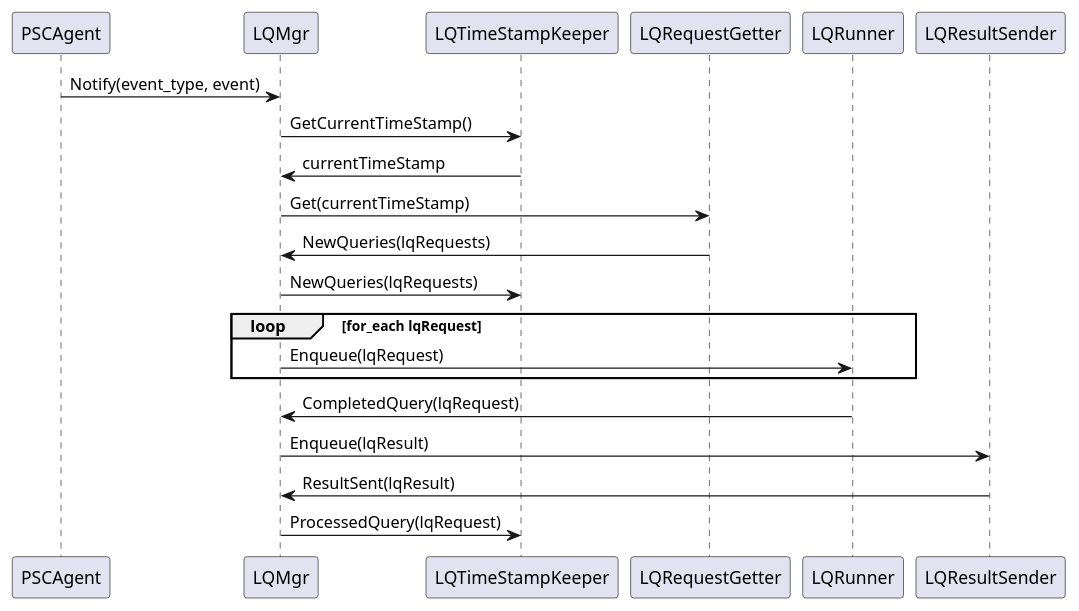
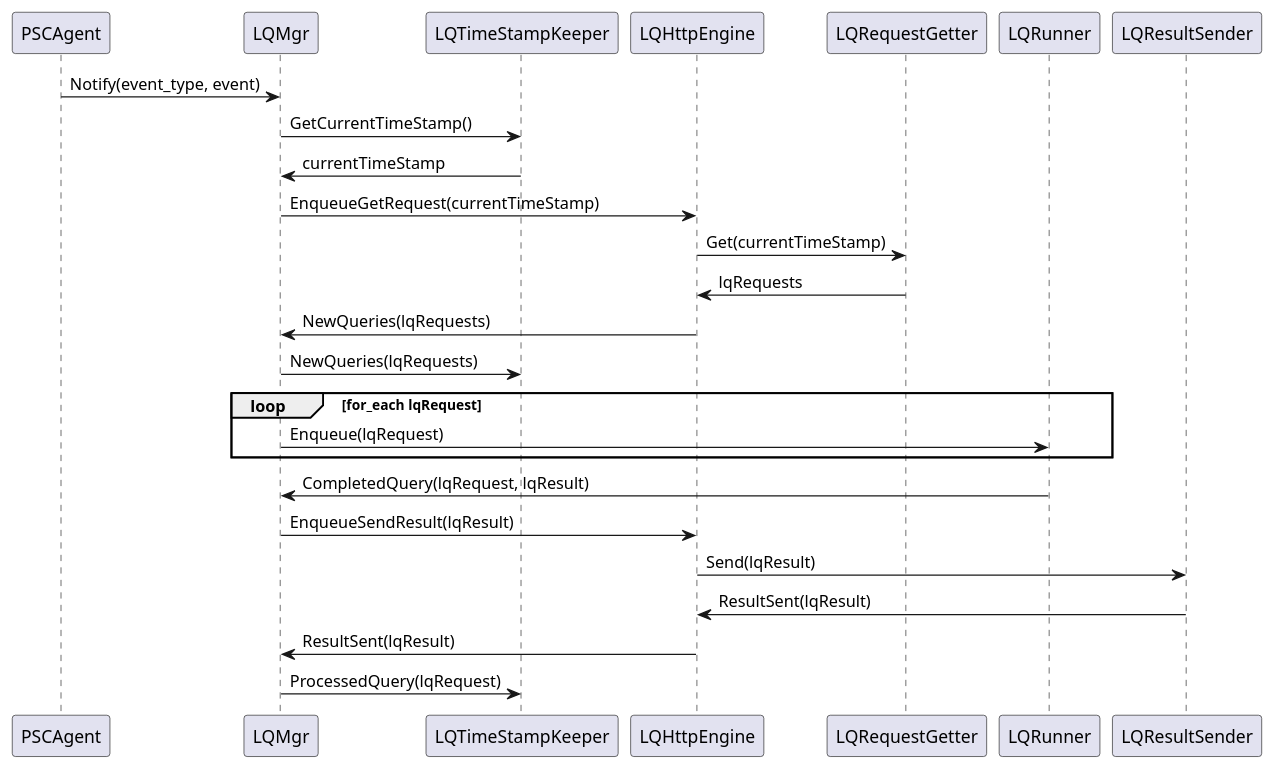
The diagram in seq_lq_sensor_simple_exec.puml (nmehta2002/exp), drawn with PlantUML before and after one commit. The commit also changed 1 other file, not shown here.

```diff
--- a/seq_lq_sensor_simple_exec.puml
+++ b/seq_lq_sensor_simple_exec.puml
@@ -1,23 +1,28 @@
 @startuml
 PSCAgent -> LQMgr: Notify(event_type, event)
 
 LQMgr -> LQTimeStampKeeper: GetCurrentTimeStamp()
 LQTimeStampKeeper -> LQMgr: currentTimeStamp
 
-LQMgr -> LQRequestGetter: Get(currentTimeStamp)
-LQRequestGetter -> LQMgr: NewQueries(lqRequests)
+LQMgr -> LQHttpEngine: EnqueueGetRequest(currentTimeStamp)
+LQHttpEngine -> LQRequestGetter: Get(currentTimeStamp)
+LQRequestGetter -> LQHttpEngine : lqRequests
+
+LQHttpEngine -> LQMgr: NewQueries(lqRequests)
 
 LQMgr -> LQTimeStampKeeper : NewQueries(lqRequests)
 
     loop for_each lqRequest
         LQMgr -> LQRunner: Enqueue(lqRequest)
     end
 
-LQRunner -> LQMgr : CompletedQuery(lqRequest)
+LQRunner -> LQMgr : CompletedQuery(lqRequest, lqResult)
 
-LQMgr -> LQResultSender : Enqueue(lqResult)
-LQResultSender -> LQMgr : ResultSent(lqResult)
+LQMgr -> LQHttpEngine : EnqueueSendResult(lqResult)
+LQHttpEngine -> LQResultSender : Send(lqResult)
+LQResultSender -> LQHttpEngine : ResultSent(lqResult)
+LQHttpEngine -> LQMgr : ResultSent(lqResult)
 
 LQMgr -> LQTimeStampKeeper : ProcessedQuery(lqRequest)
 
 @enduml
```
